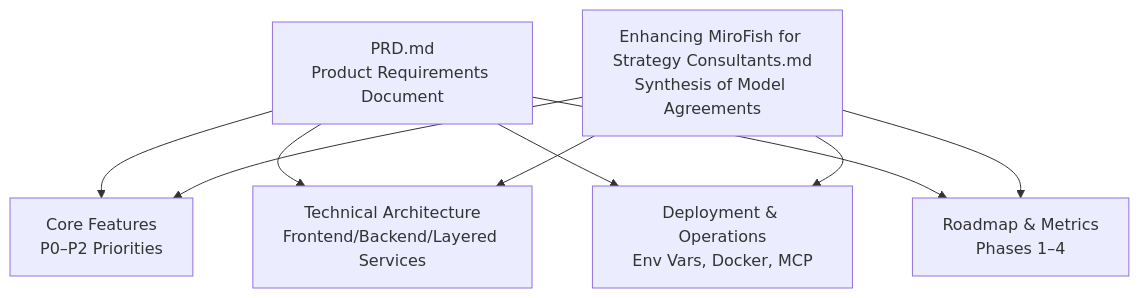
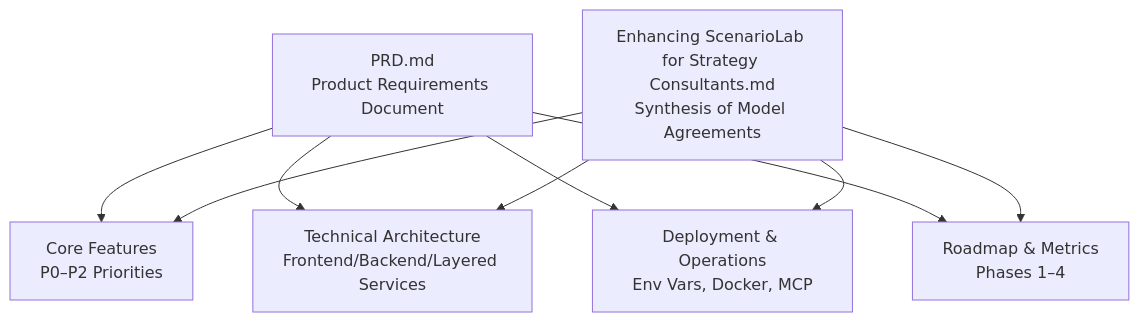
Before and after one commit to rish2jain/ScenarioLab: the first of 13 diagrams in .qoder/repowiki/en/content/Product Requirements Document (PRD).md, drawn with Mermaid. The commit also changed other lines of this file and 54 other files, not shown here.

First line of the commit message:
chore: rename MiroFish → ScenarioLab across entire codebase

````diff
--- a/.qoder/repowiki/en/content/Product Requirements Document (PRD).md
+++ b/.qoder/repowiki/en/content/Product Requirements Document (PRD).md
@@ -35,11 +35,11 @@
 ```mermaid
 graph TB
 A["PRD.md<br/>Product Requirements Document"] --> B["Core Features<br/>P0–P2 Priorities"]
 A --> C["Technical Architecture<br/>Frontend/Backend/Layered Services"]
 A --> D["Deployment & Operations<br/>Env Vars, Docker, MCP"]
 A --> E["Roadmap & Metrics<br/>Phases 1–4"]
-F["Enhancing MiroFish for Strategy Consultants.md<br/>Synthesis of Model Agreements"] --> B
+F["Enhancing ScenarioLab for Strategy Consultants.md<br/>Synthesis of Model Agreements"] --> B
 F --> C
 F --> D
 F --> E
 ```
````
